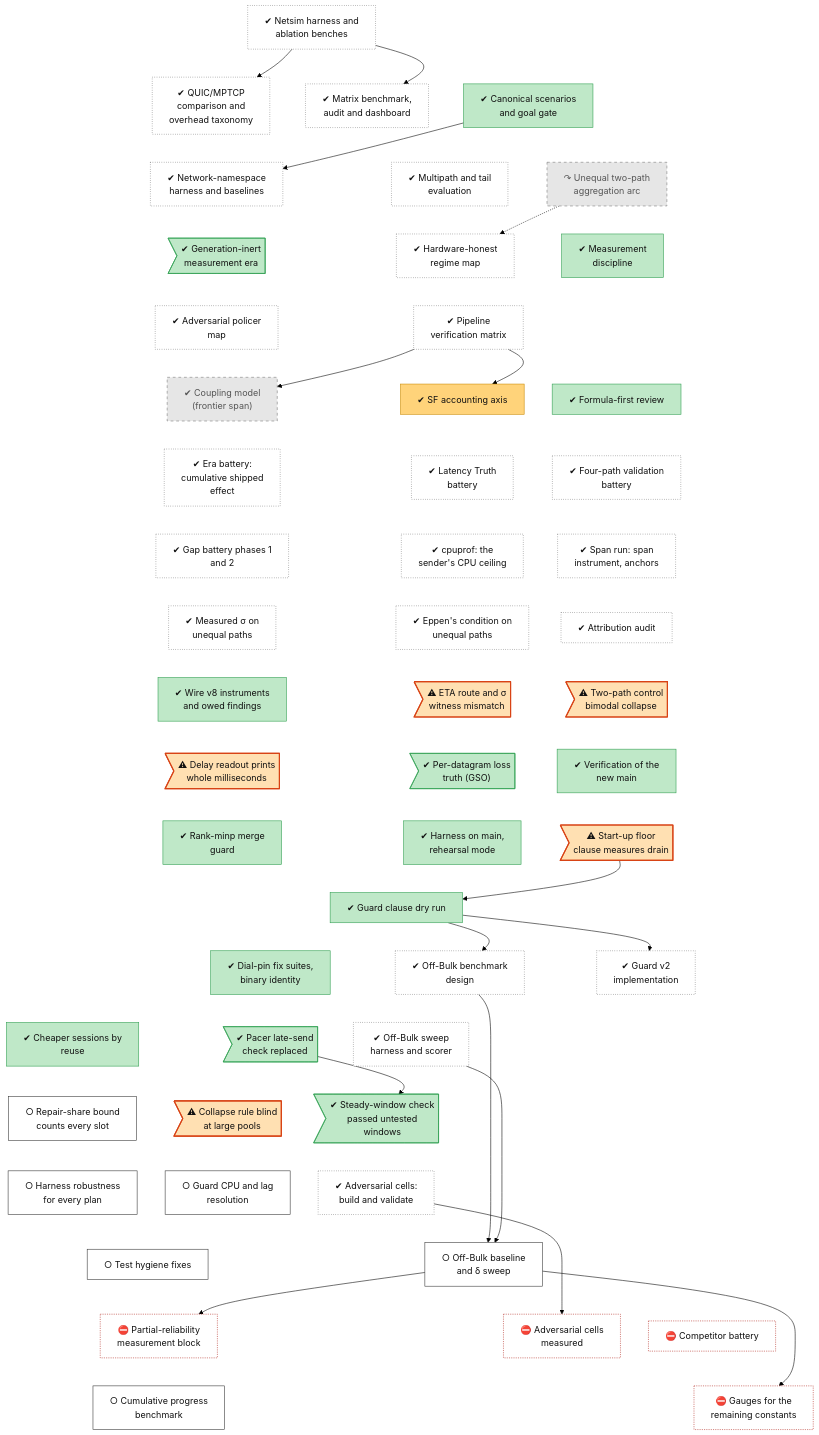
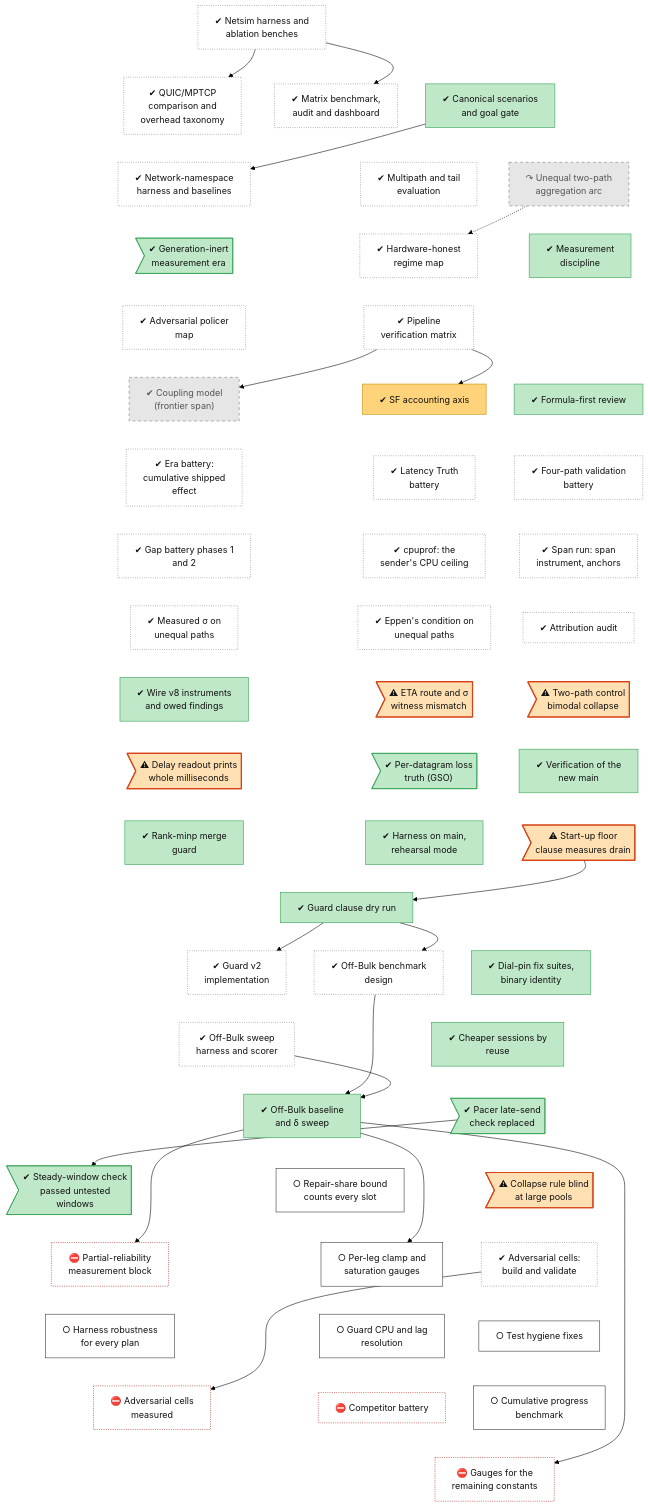
The diagram in docs/roadmap/tracks/meas.md (lhns/raptorpath), drawn with Mermaid (forest theme) before and after one commit. The commit also changed other lines of this file and 26 other files, not shown here.

````diff
--- a/docs/roadmap/tracks/meas.md
+++ b/docs/roadmap/tracks/meas.md
@@ -48,16 +48,17 @@
     meas_s58_session["✔ Dial-pin fix suites,<br/>binary identity"]
     meas_s51_harness["✔ Off-Bulk sweep<br/>harness and scorer"]
     meas_harness_reuse["✔ Cheaper sessions by<br/>reuse"]
+    meas_s51_session["✔ Off-Bulk baseline<br/>and δ sweep"]
     meas_blocke_pacing_gate>"✔ Pacer late-send<br/>check replaced"]
     meas_blocke_steady_rule>"✔ Steady-window check<br/>passed untested<br/>windows"]
     meas_w1_bracket_fix["○ Repair-share bound<br/>counts every slot"]
     meas_defect_cr61_large_pool>"⚠ Collapse rule blind<br/>at large pools"]
+    meas_s51b_rho["⛔ Partial-reliability<br/>measurement block"]
+    meas_s51_c8_gauges["○ Per-leg clamp and<br/>saturation gauges"]
     meas_adversarial_cells_build["✔ Adversarial cells:<br/>build and validate"]
     meas_harness_robustness["○ Harness robustness<br/>for every plan"]
     meas_guard_resolution["○ Guard CPU and lag<br/>resolution"]
     meas_test_hygiene["○ Test hygiene fixes"]
-    meas_s51_session["○ Off-Bulk baseline<br/>and δ sweep"]
-    meas_s51b_rho["⛔ Partial-reliability<br/>measurement block"]
     meas_adversarial_cells_run["⛔ Adversarial cells<br/>measured"]
     meas_competitor_battery["⛔ Competitor battery"]
     meas_progress_baseline["○ Cumulative progress<br/>benchmark"]
@@ -103,22 +104,24 @@
     meas_guard_clause_dry ~~~ meas_s58_session
     meas_guard_v2_impl ~~~ meas_s51_harness
     meas_s51_design ~~~ meas_harness_reuse
-    meas_s58_session ~~~ meas_blocke_pacing_gate
-    meas_s51_harness ~~~ meas_blocke_steady_rule
-    meas_harness_reuse ~~~ meas_w1_bracket_fix
+    meas_s58_session ~~~ meas_harness_reuse
+    meas_s51_harness ~~~ meas_s51_session
+    meas_harness_reuse ~~~ meas_blocke_pacing_gate
+    meas_s51_session ~~~ meas_blocke_steady_rule
+    meas_blocke_pacing_gate ~~~ meas_w1_bracket_fix
     meas_blocke_pacing_gate ~~~ meas_defect_cr61_large_pool
-    meas_blocke_steady_rule ~~~ meas_adversarial_cells_build
-    meas_w1_bracket_fix ~~~ meas_harness_robustness
-    meas_defect_cr61_large_pool ~~~ meas_guard_resolution
+    meas_blocke_steady_rule ~~~ meas_s51b_rho
+    meas_w1_bracket_fix ~~~ meas_s51_c8_gauges
+    meas_defect_cr61_large_pool ~~~ meas_adversarial_cells_build
+    meas_s51b_rho ~~~ meas_harness_robustness
+    meas_s51_c8_gauges ~~~ meas_guard_resolution
     meas_adversarial_cells_build ~~~ meas_test_hygiene
-    meas_harness_robustness ~~~ meas_s51_session
-    meas_guard_resolution ~~~ meas_s51_session
-    meas_test_hygiene ~~~ meas_s51b_rho
-    meas_s51_session ~~~ meas_adversarial_cells_run
-    meas_s51_session ~~~ meas_competitor_battery
-    meas_s51b_rho ~~~ meas_progress_baseline
+    meas_harness_robustness ~~~ meas_adversarial_cells_run
+    meas_guard_resolution ~~~ meas_competitor_battery
+    meas_test_hygiene ~~~ meas_progress_baseline
     meas_adversarial_cells_run ~~~ meas_fix_gauges_p3
     meas_competitor_battery ~~~ meas_fix_gauges_p3
+    meas_progress_baseline ~~~ meas_fix_gauges_p3
     meas_l0_sim_bench --> meas_transport_comparison
     meas_l0_sim_bench --> meas_matrix_bench
     meas_adr51_scenarios --> meas_l1_harness
@@ -128,10 +131,11 @@
     meas_defect_rtp_floor --> meas_guard_clause_dry
     meas_guard_clause_dry --> meas_guard_v2_impl
     meas_guard_clause_dry --> meas_s51_design
-    meas_blocke_pacing_gate --> meas_blocke_steady_rule
     meas_s51_design --> meas_s51_session
     meas_s51_harness --> meas_s51_session
+    meas_blocke_pacing_gate --> meas_blocke_steady_rule
     meas_s51_session --> meas_s51b_rho
+    meas_s51_session --> meas_s51_c8_gauges
     meas_adversarial_cells_build --> meas_adversarial_cells_run
     meas_s51_session --> meas_fix_gauges_p3
     classDef vsucc fill:#2e9e4f,stroke:#1b6b34,color:#fff
@@ -148,10 +152,10 @@
     classDef defect fill:#ffe0b2,stroke:#d84315,stroke-width:2px,color:#111
     classDef waiting fill:#e3f2fd,stroke:#1f6fc5,stroke-dasharray:5 5,color:#111
     class meas_l0_sim_bench,meas_transport_comparison,meas_matrix_bench,meas_l1_harness,meas_l2_multipath,meas_regime_map,meas_adversarial_b1,meas_pipeline_verification,meas_goal_0819,meas_latency_truth,meas_c9_battery,meas_gap_phases,meas_cpuprof,meas_span_run,meas_sigma_c8,meas_eppen_c8,meas_attribution_audit,meas_guard_v2_impl,meas_s51_design,meas_s51_harness,meas_adversarial_cells_build unrated
-    class meas_adr51_scenarios,meas_gen_inert_era,meas_adr52_discipline,meas_formula_first,meas_wire_v8,meas_gso_truth,meas_v4_verification,meas_guard_41c,meas_harness_consolidation,meas_guard_clause_dry,meas_s58_session,meas_harness_reuse,meas_blocke_pacing_gate,meas_blocke_steady_rule succ
+    class meas_adr51_scenarios,meas_gen_inert_era,meas_adr52_discipline,meas_formula_first,meas_wire_v8,meas_gso_truth,meas_v4_verification,meas_guard_41c,meas_harness_consolidation,meas_guard_clause_dry,meas_s58_session,meas_harness_reuse,meas_s51_session,meas_blocke_pacing_gate,meas_blocke_steady_rule succ
     class meas_c8_aggregation_arc,meas_coupling_model dead
     class meas_sf_accounting mixed
     class meas_defect_eta_witness,meas_defect_c8_bimodal,meas_defect_diag_rtp_ms,meas_defect_rtp_floor,meas_defect_cr61_large_pool defect
-    class meas_w1_bracket_fix,meas_harness_robustness,meas_guard_resolution,meas_test_hygiene,meas_s51_session,meas_progress_baseline next
+    class meas_w1_bracket_fix,meas_s51_c8_gauges,meas_harness_robustness,meas_guard_resolution,meas_test_hygiene,meas_progress_baseline next
     class meas_s51b_rho,meas_adversarial_cells_run,meas_competitor_battery,meas_fix_gauges_p3 blocked
 ```
````
